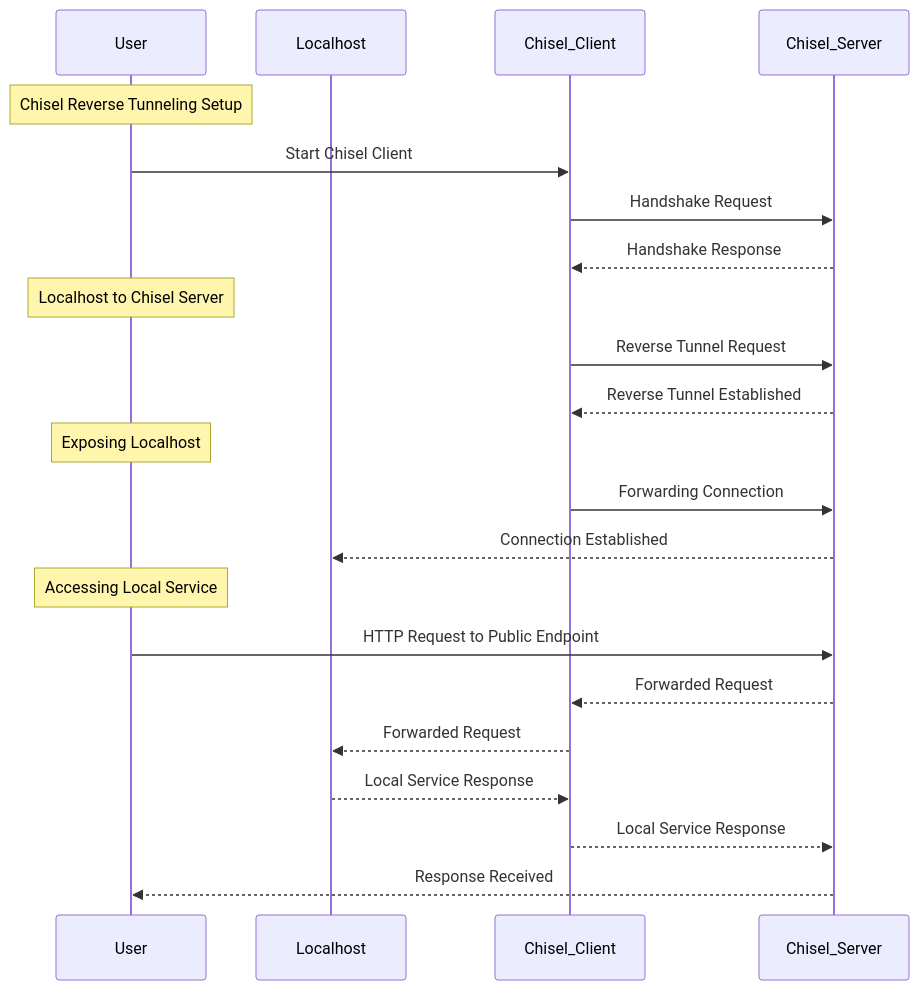
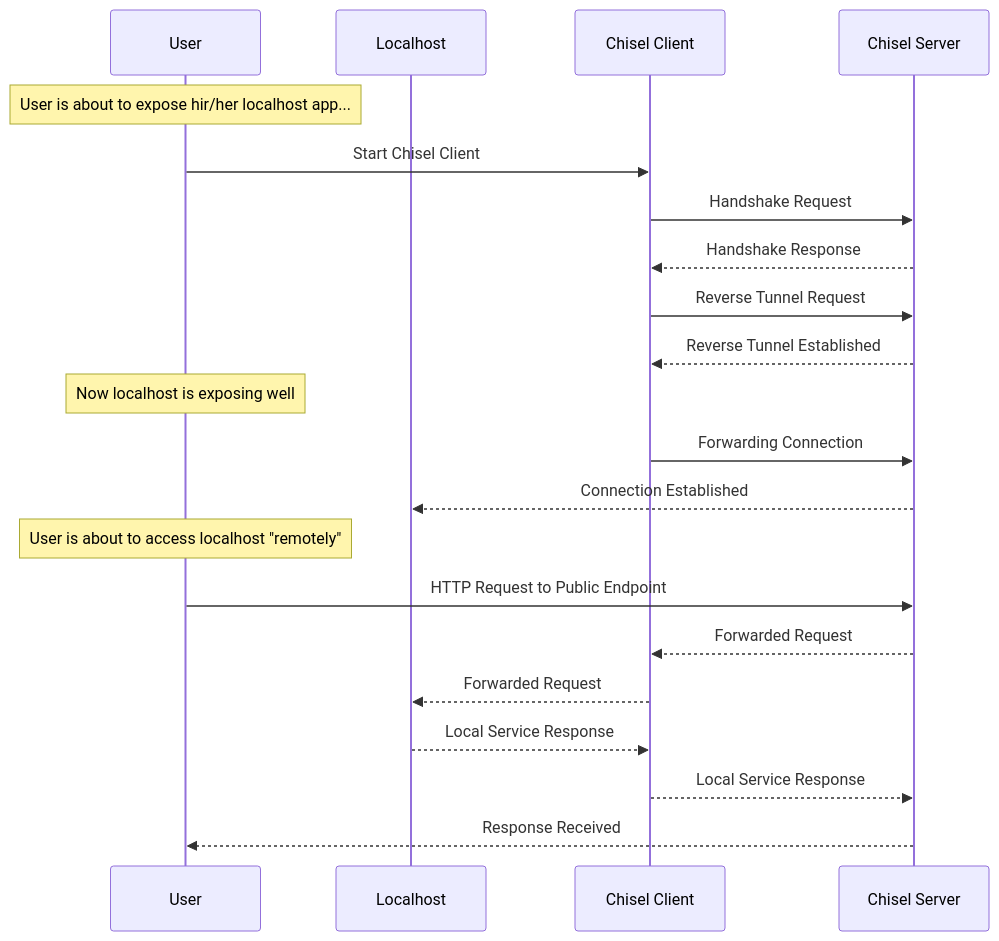
The first of 2 diagrams in .bunnyshell/templates/chisel-hoppscotch/README.md (maksimmuravev/bunnyshell-all-in-toolset), drawn with Mermaid before and after one commit. The commit also changed other lines of this file and 2 other files, not shown here.

Commit message:
Add Chisel + Hoppscotch Ingress Tools template

````diff
--- a/.bunnyshell/templates/chisel-hoppscotch/README.md
+++ b/.bunnyshell/templates/chisel-hoppscotch/README.md
@@ -11,33 +11,31 @@
 ```mermaid
 sequenceDiagram
     participant User
     participant Localhost
-    participant Chisel_Client
-    participant Chisel_Server
+    participant Chisel Client
+    participant Chisel Server
 
-    Note over User: Chisel Reverse Tunneling Setup
+    Note over User: User is about to expose hir/her localhost app...
 
-    User->>Chisel_Client: Start Chisel Client
+    User->>Chisel Client: Start Chisel Client
 
-    Chisel_Client->>Chisel_Server: Handshake Request
-    Chisel_Server-->>Chisel_Client: Handshake Response
+    Chisel Client->>Chisel Server: Handshake Request
+    Chisel Server-->>Chisel Client: Handshake Response
 
-    Note over User: Localhost to Chisel Server
+    Chisel Client->>Chisel Server: Reverse Tunnel Request
+    Chisel Server-->>Chisel Client: Reverse Tunnel Established
 
-    Chisel_Client->>Chisel_Server: Reverse Tunnel Request
-    Chisel_Server-->>Chisel_Client: Reverse Tunnel Established
+    Note over User: Now localhost is exposing well
 
-    Note over User: Exposing Localhost
+    Chisel Client->>Chisel Server: Forwarding Connection
+    Chisel Server-->>Localhost: Connection Established
 
-    Chisel_Client->>Chisel_Server: Forwarding Connection
-    Chisel_Server-->>Localhost: Connection Established
+    Note over User: User is about to access localhost "remotely"
 
-    Note over User: Accessing Local Service
-
-    User->>Chisel_Server: HTTP Request to Public Endpoint
-    Chisel_Server-->>Chisel_Client: Forwarded Request
-    Chisel_Client-->>Localhost: Forwarded Request
-    Localhost-->>Chisel_Client: Local Service Response
-    Chisel_Client-->>Chisel_Server: Local Service Response
-    Chisel_Server-->>User: Response Received
+    User->>Chisel Server: HTTP Request to Public Endpoint
+    Chisel Server-->>Chisel Client: Forwarded Request
+    Chisel Client-->>Localhost: Forwarded Request
+    Localhost-->>Chisel Client: Local Service Response
+    Chisel Client-->>Chisel Server: Local Service Response
+    Chisel Server-->>User: Response Received
 ```
````
